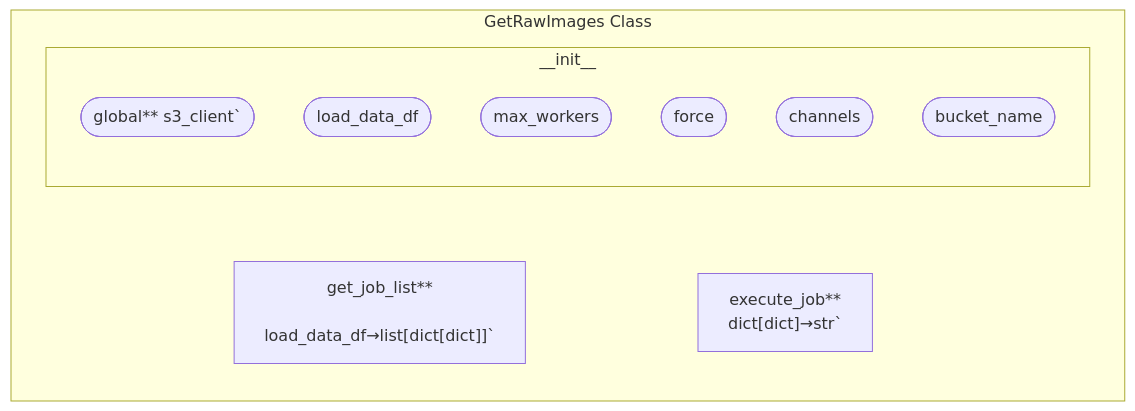
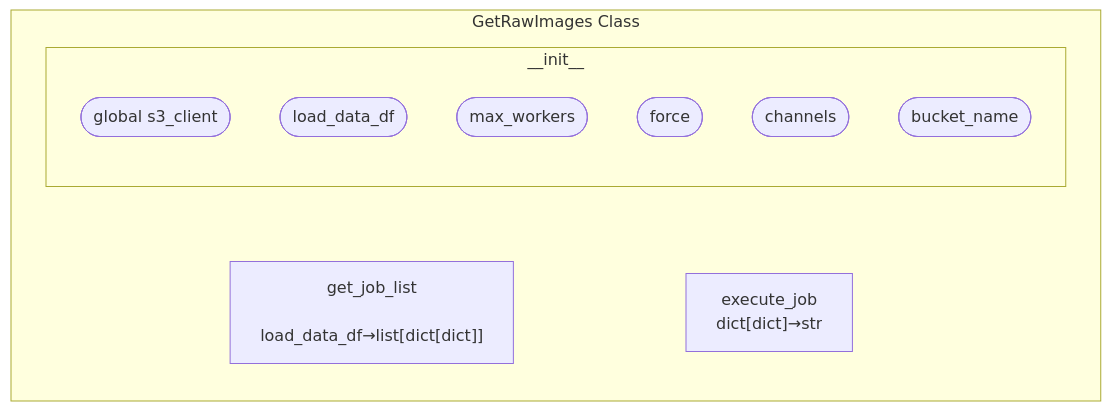
Before and after one commit to gwatkinson/jump_download: the second of 3 diagrams in README.md, drawn with Mermaid. The commit also changed other lines of this file, not shown here.

Commit message:
Fix mermaid flow chart

````diff
--- a/README.md
+++ b/README.md
@@ -254,24 +254,24 @@
 ```mermaid
 flowchart TD
 subgraph "GetRawImages Class"
     direction TB
 
     subgraph init["#95;#95;init#95;#95;"]
         direction TB
-        a(["global** s3_client`"])
+        a(["global s3_client"])
         b(["load_data_df"])
         f(["max_workers"])
         e(["force"])
         c(["channels"])
         d(["bucket_name"])
     end
 
-    get_job_list["get_job_list**
-    load_data_df#8594;list#91;dict#91;dict#93;#93;`"]
+    get_job_list["get_job_list
+    load_data_df#8594;list#91;dict#91;dict#93;#93;"]
 
-    execute_job["execute_job**
-    dict#91;dict#93;#8594;str`"]
+    execute_job["execute_job
+    dict#91;dict#93;#8594;str"]
 
     init ~~~ get_job_list & execute_job
 end
 ```
````
